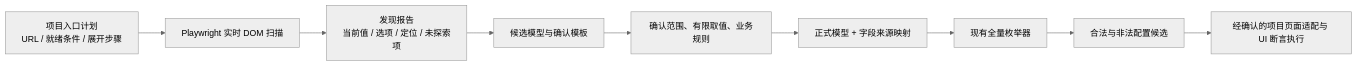
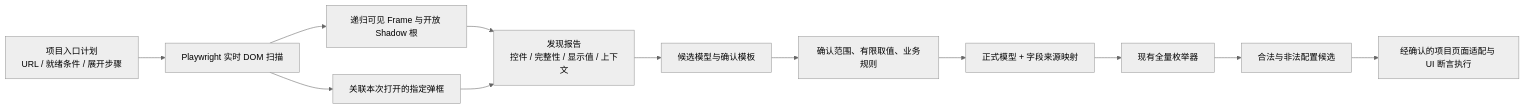
The diagram in packages/config-enumerator/DISCOVERY.md (zmh117/ui-automation), drawn with Mermaid (neutral theme) before and after one commit. The commit also changed other lines of this file and 27 other files, not shown here.

First line of the commit message:
页面发现补齐弹框、选项完整性、Frame/Shadow 与单元格证据

````diff
--- a/packages/config-enumerator/DISCOVERY.md
+++ b/packages/config-enumerator/DISCOVERY.md
@@ -5,11 +5,14 @@
 ```mermaid
 flowchart LR
   P[项目入口计划\nURL / 就绪条件 / 展开步骤] --> D[Playwright 实时 DOM 扫描]
-  D --> R[发现报告\n当前值 / 选项 / 定位 / 未探索项]
+  D --> F[递归可见 Frame 与开放 Shadow 根]
+  D --> P2[关联本次打开的指定弹框]
+  F --> R[发现报告\n控件 / 完整性 / 显示值 / 上下文]
+  P2 --> R
   R --> C[候选模型与确认模板]
   C --> H[确认范围、有限取值、业务规则]
   H --> M[正式模型 + 字段来源映射]
   M --> E[现有全量枚举器]
   E --> V[合法与非法配置候选]
   V --> X[经确认的项目页面适配与 UI 断言执行]
 ```
````
